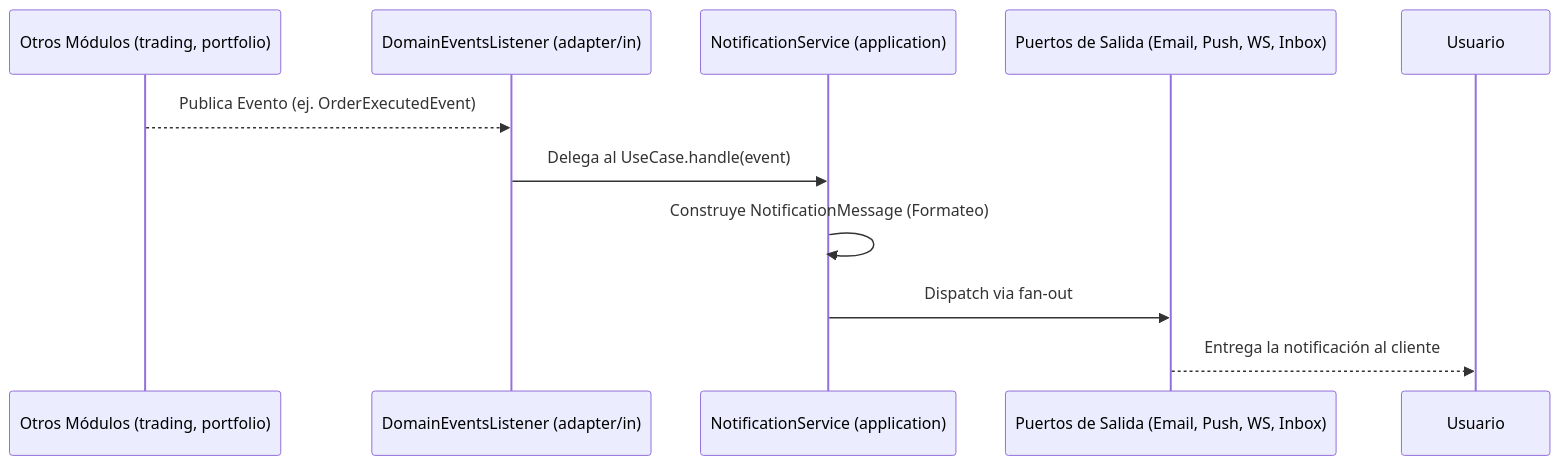
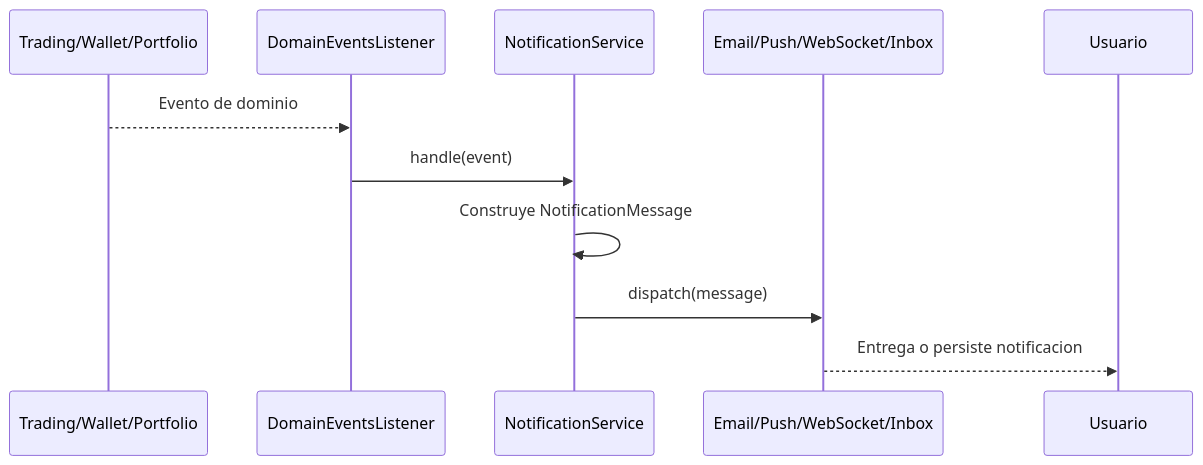
The diagram in EZTrade/backend/src/main/java/com/trading/platform/eztrade/notifications/notifications.md (SergioGarciaRuiz557/EZTrade), drawn with Mermaid before and after one commit. The commit also changed other lines of this file and 48 other files, not shown here.

````diff
--- a/EZTrade/backend/src/main/java/com/trading/platform/eztrade/notifications/notifications.md
+++ b/EZTrade/backend/src/main/java/com/trading/platform/eztrade/notifications/notifications.md
@@ -19,13 +50,14 @@
 ```mermaid
 sequenceDiagram
-    participant E as Otros Módulos (trading, portfolio)
-    participant L as DomainEventsListener (adapter/in)
-    participant S as NotificationService (application)
-    participant P as Puertos de Salida (Email, Push, WS, Inbox)
+    participant Module as Trading/Wallet/Portfolio
+    participant Listener as DomainEventsListener
+    participant Service as NotificationService
+    participant Ports as Email/Push/WebSocket/Inbox
+    participant User as Usuario
 
-    E -->> L: Publica Evento (ej. OrderExecutedEvent)
-    L ->> S: Delega al UseCase.handle(event)
-    S ->> S: Construye NotificationMessage (Formateo)
-    S ->> P: Dispatch via fan-out
-    P -->> Usuario: Entrega la notificación al cliente
+    Module-->>Listener: Evento de dominio
+    Listener->>Service: handle(event)
+    Service->>Service: Construye NotificationMessage
+    Service->>Ports: dispatch(message)
+    Ports-->>User: Entrega o persiste notificacion
 ```
````
